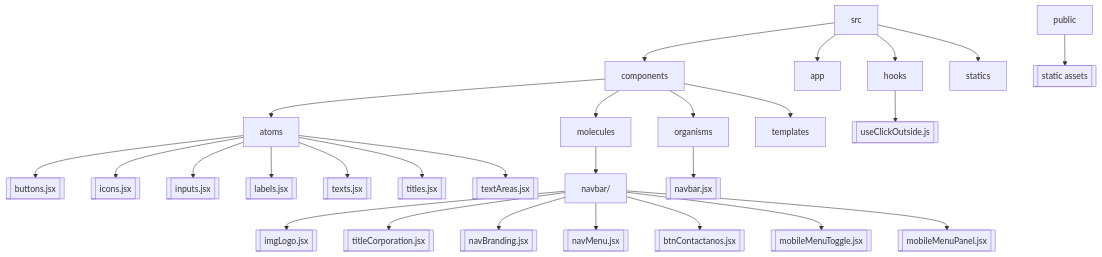
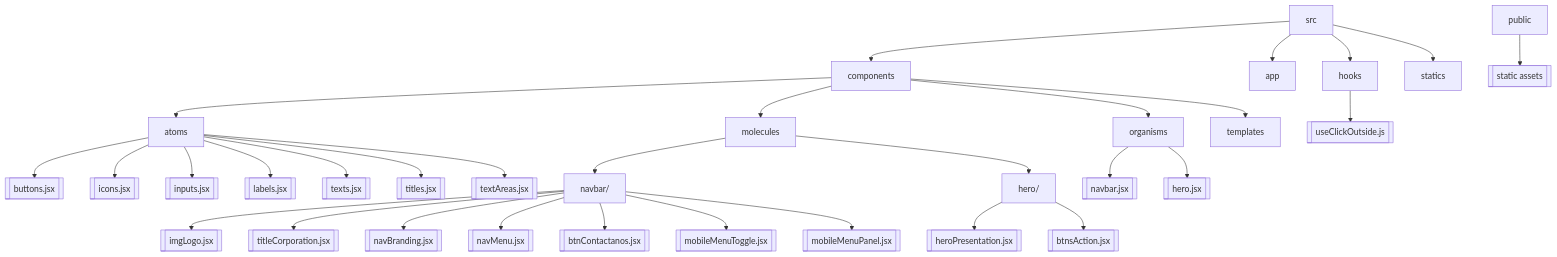
The diagram in docs/PROJECT_STRUCTURE.md (yeyo-dev-frontend/BIM-CONSTRUCTION), drawn with Mermaid before and after one commit. The commit also changed other lines of this file and 7 other files, not shown here.

````diff
--- a/docs/PROJECT_STRUCTURE.md
+++ b/docs/PROJECT_STRUCTURE.md
@@ -5,35 +5,40 @@
 ```mermaid
 graph TD;
     src[src] --> components[components];
     src --> app[app];
     src --> hooks[hooks];
     src --> statics[statics];
 
     components --> atoms[atoms];
     components --> molecules[molecules];
     components --> organisms[organisms];
     components --> templates[templates];
 
     atoms --> buttons[[buttons.jsx]];
     atoms --> icons[[icons.jsx]];
     atoms --> inputs[[inputs.jsx]];
     atoms --> labels[[labels.jsx]];
     atoms --> texts[[texts.jsx]];
     atoms --> titles[[titles.jsx]];
     atoms --> textAreas[[textAreas.jsx]];
 
     molecules --> navbarMol[navbar/];
     navbarMol --> imgLogo[[imgLogo.jsx]];
     navbarMol --> titleCorporation[[titleCorporation.jsx]];
     navbarMol --> navBranding[[navBranding.jsx]];
     navbarMol --> navMenu[[navMenu.jsx]];
     navbarMol --> btnContactanos[[btnContactanos.jsx]];
     navbarMol --> mobileMenuToggle[[mobileMenuToggle.jsx]];
     navbarMol --> mobileMenuPanel[[mobileMenuPanel.jsx]];
 
+    molecules --> heroMol[hero/];
+    heroMol --> heroPresentation[[heroPresentation.jsx]];
+    heroMol --> btnsAction[[btnsAction.jsx]];
+
     organisms --> navbar[[navbar.jsx]];
+    organisms --> heroOrg[[hero.jsx]];
 
     hooks --> useClickOutside[[useClickOutside.js]];
 
     public --> assets[[static assets]];
 ```
````
